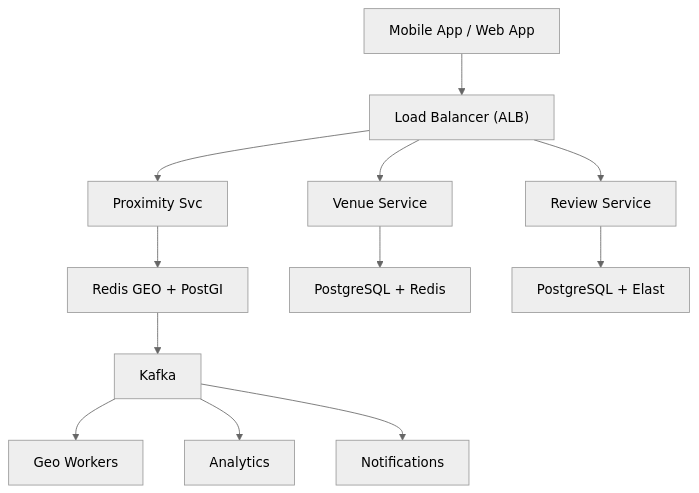
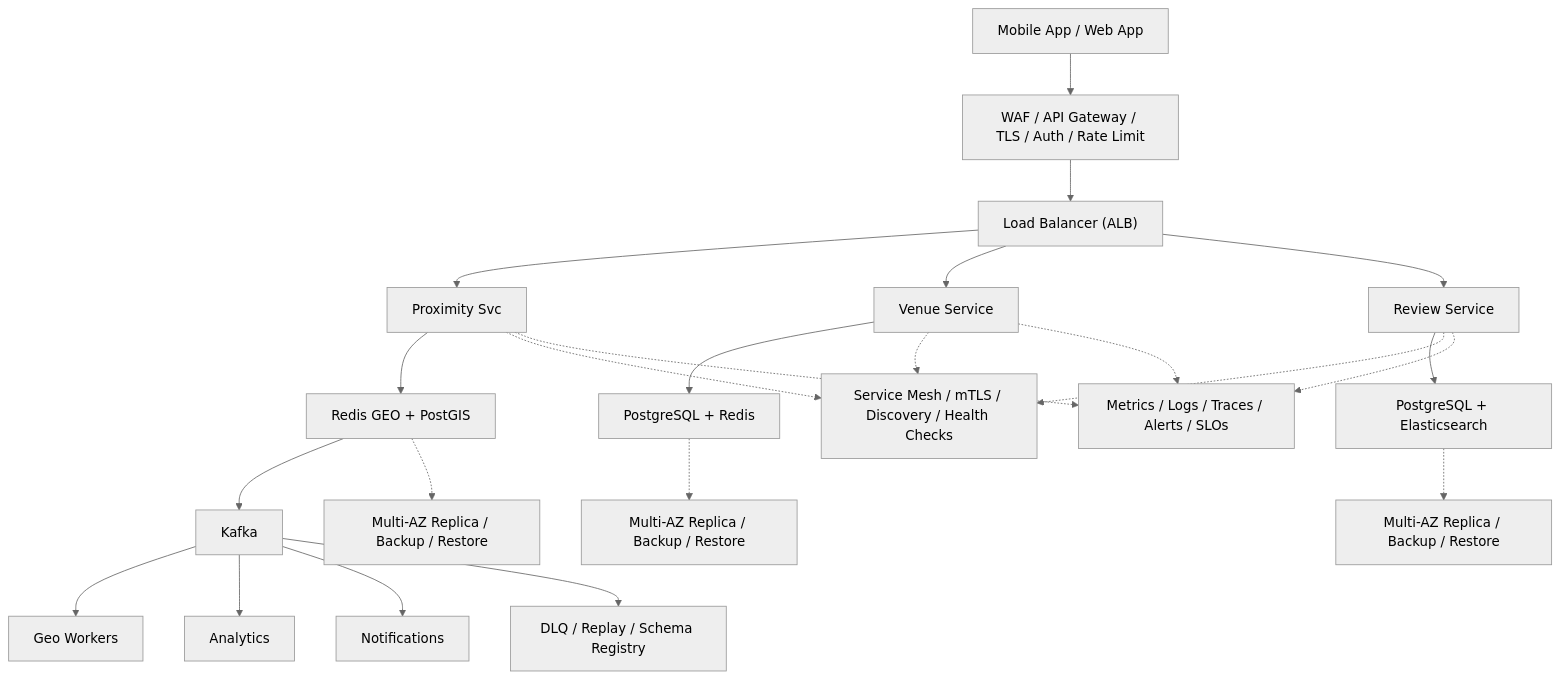
One commit to aishwary11/system-design changed the diagram in system-design-proximity-service.md. Above: the diagram before and after it, drawn with Mermaid (neutral theme). The commit also changed other lines of this file and 31 other files, not shown here.

Commit message:
Add production-grade architecture details

````diff
--- a/system-design-proximity-service.md
+++ b/system-design-proximity-service.md
@@ -44,14 +44,25 @@
 ```mermaid
 flowchart TB
-    clients["Mobile App / Web App"] --> lb["Load Balancer (ALB)"]
+    clients["Mobile App / Web App"] --> edge["WAF / API Gateway / TLS / Auth / Rate Limit"]
+    edge --> lb["Load Balancer (ALB)"]
     lb --> svc0["Proximity Svc"]
     lb --> svc1["Venue Service"]
     lb --> svc2["Review Service"]
-    svc0 --> store0["Redis GEO + PostGI"]
+    svc0 --> store0["Redis GEO + PostGIS"]
     svc1 --> store1["PostgreSQL + Redis"]
-    svc2 --> store2["PostgreSQL + Elast"]
+    svc2 --> store2["PostgreSQL + Elasticsearch"]
     store0 --> stream["Kafka"]
     stream --> worker0["Geo Workers"]
     stream --> worker1["Analytics"]
     stream --> worker2["Notifications"]
+    svc0 -.-> platform["Service Mesh / mTLS / Discovery / Health Checks"]
+    svc1 -.-> platform
+    svc2 -.-> platform
+    store0 -.-> backup0["Multi-AZ Replica / Backup / Restore"]
+    store1 -.-> backup1["Multi-AZ Replica / Backup / Restore"]
+    store2 -.-> backup2["Multi-AZ Replica / Backup / Restore"]
+    stream --> dlq["DLQ / Replay / Schema Registry"]
+    svc0 -.-> ops["Metrics / Logs / Traces / Alerts / SLOs"]
+    svc1 -.-> ops
+    svc2 -.-> ops
 ```
````
